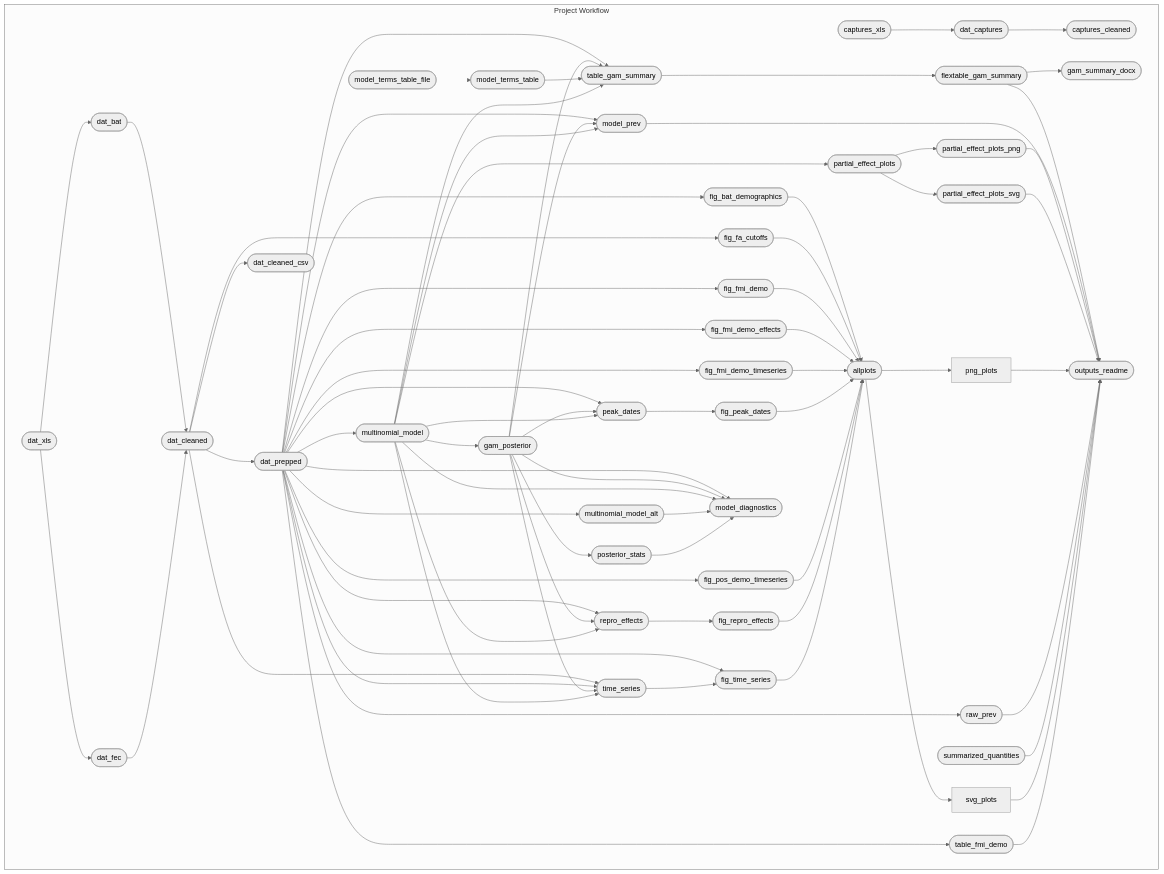
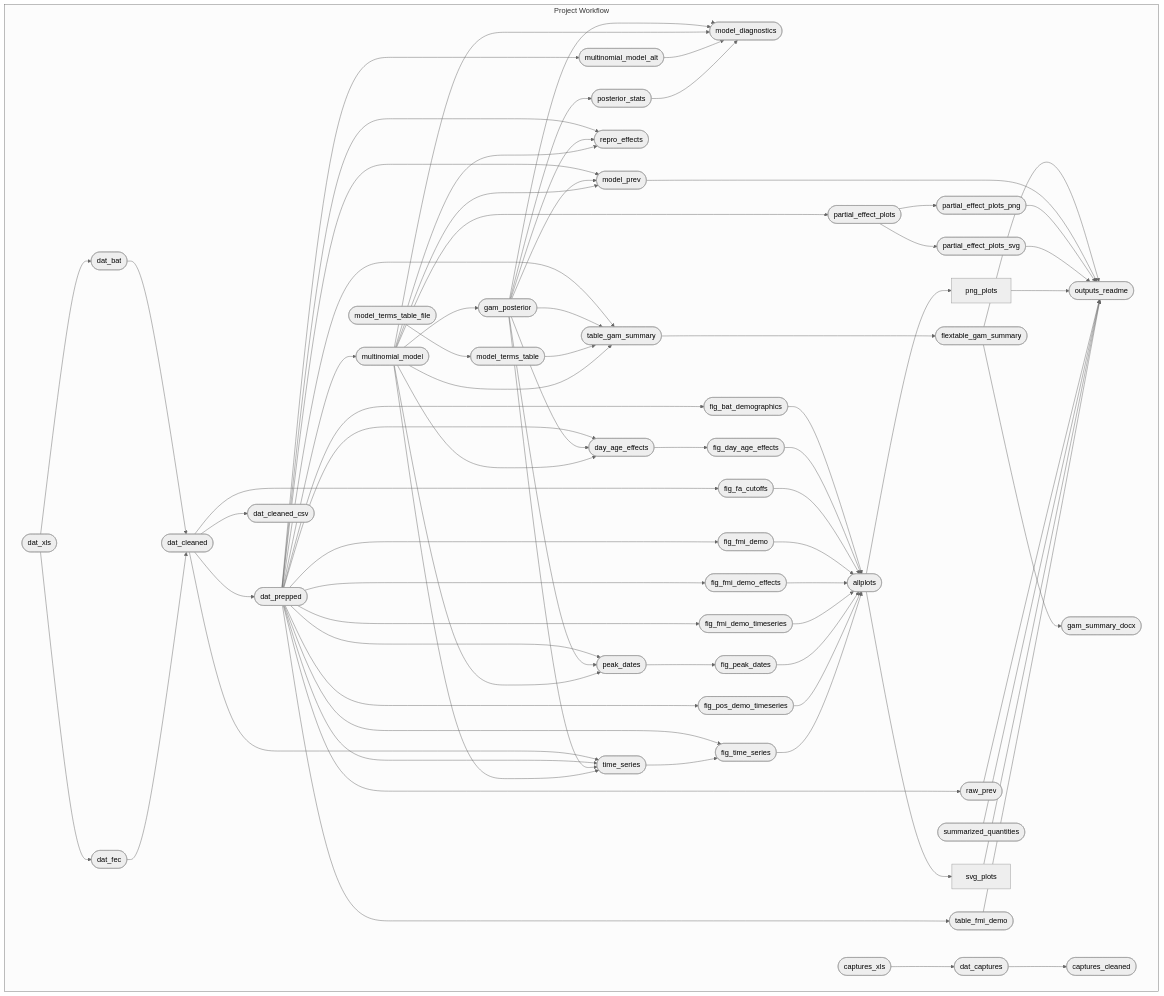
Before and after one commit to ecohealthalliance/sabrenet-rousettus-dynamics: the diagram in README.md, drawn with Mermaid (neutral theme). The commit also changed other lines of this file and 57 other files, not shown here.

Commit message:
use alternate formula with separate sex/age effects

````diff
--- a/README.md
+++ b/README.md
@@ -42,79 +42,82 @@
 ``` mermaid
 graph LR
 subgraph Project Workflow
     direction LR
-    xe2bed16893714ed7(["model_terms_table_file"]):::skipped --> x5ad18f0d36408418(["model_terms_table"]):::skipped
-    xe415b5066c557652(["peak_dates"]):::queued --> x0905a3e9b9cae3b2(["fig_peak_dates"]):::queued
-    x4a5cfaffa1d0e789(["dat_prepped"]):::queued --> x50a3b768b5746682(["fig_pos_demo_timeseries"]):::queued
-    x6cf5d6dc2e05a667(["dat_bat"]):::skipped --> xba784c3a136c631a(["dat_cleaned"]):::queued
-    x733041ef94e8d4a9(["dat_fec"]):::skipped --> xba784c3a136c631a(["dat_cleaned"]):::queued
-    x4a5cfaffa1d0e789(["dat_prepped"]):::queued --> xe3a4a17736576ba6(["fig_time_series"]):::queued
-    xf22c729b71100575(["time_series"]):::queued --> xe3a4a17736576ba6(["fig_time_series"]):::queued
-    x4a5cfaffa1d0e789(["dat_prepped"]):::queued --> x023bc1d70802c4e1(["multinomial_model"]):::queued
-    x4a5cfaffa1d0e789(["dat_prepped"]):::queued --> x90dc8aa96b6ba82f(["repro_effects"]):::queued
-    x89c8b8fe66c39f8c(["gam_posterior"]):::queued --> x90dc8aa96b6ba82f(["repro_effects"]):::queued
-    x023bc1d70802c4e1(["multinomial_model"]):::queued --> x90dc8aa96b6ba82f(["repro_effects"]):::queued
-    x5f01ca798133c2d4(["table_gam_summary"]):::queued --> x2d7bbbb9a4c3fe9d(["flextable_gam_summary"]):::queued
-    x4a5cfaffa1d0e789(["dat_prepped"]):::queued --> xf268c53ef67145e5(["table_fmi_demo"]):::queued
-    x4a5cfaffa1d0e789(["dat_prepped"]):::queued --> x5f01ca798133c2d4(["table_gam_summary"]):::queued
-    x89c8b8fe66c39f8c(["gam_posterior"]):::queued --> x5f01ca798133c2d4(["table_gam_summary"]):::queued
-    x5ad18f0d36408418(["model_terms_table"]):::skipped --> x5f01ca798133c2d4(["table_gam_summary"]):::queued
-    x023bc1d70802c4e1(["multinomial_model"]):::queued --> x5f01ca798133c2d4(["table_gam_summary"]):::queued
-    x798304d337dd8ea1(["allplots"]):::queued --> xbbcceea2cdf8d3f7["svg_plots"]:::queued
-    x4a5cfaffa1d0e789(["dat_prepped"]):::queued --> xe415b5066c557652(["peak_dates"]):::queued
-    x89c8b8fe66c39f8c(["gam_posterior"]):::queued --> xe415b5066c557652(["peak_dates"]):::queued
-    x023bc1d70802c4e1(["multinomial_model"]):::queued --> xe415b5066c557652(["peak_dates"]):::queued
-    xba784c3a136c631a(["dat_cleaned"]):::queued --> x4a5cfaffa1d0e789(["dat_prepped"]):::queued
-    xa8aa782838af3774(["partial_effect_plots"]):::queued --> x62025a0def5a4707(["partial_effect_plots_svg"]):::queued
-    x90dc8aa96b6ba82f(["repro_effects"]):::queued --> x9f1bab82f5a7def2(["fig_repro_effects"]):::queued
-    xe05634441492d438(["dat_captures"]):::skipped --> x370906d20a0ac4c5(["captures_cleaned"]):::queued
-    x4a5cfaffa1d0e789(["dat_prepped"]):::queued --> x26018ab47272d583(["multinomial_model_alt"]):::queued
-    x2d7bbbb9a4c3fe9d(["flextable_gam_summary"]):::queued --> x7998bc630ab92bda(["gam_summary_docx"]):::queued
-    x4a5cfaffa1d0e789(["dat_prepped"]):::queued --> x4ee8fa2dac97ae88(["fig_fmi_demo_effects"]):::queued
-    xa8aa782838af3774(["partial_effect_plots"]):::queued --> x4426e7f0707b13f1(["partial_effect_plots_png"]):::queued
-    x4a5cfaffa1d0e789(["dat_prepped"]):::queued --> x7a7f43da56388c67(["fig_bat_demographics"]):::queued
-    x7a7f43da56388c67(["fig_bat_demographics"]):::queued --> x798304d337dd8ea1(["allplots"]):::queued
-    x90f3a96af7e5a0fc(["fig_fa_cutoffs"]):::queued --> x798304d337dd8ea1(["allplots"]):::queued
-    x23873f9d63594e23(["fig_fmi_demo"]):::queued --> x798304d337dd8ea1(["allplots"]):::queued
-    x4ee8fa2dac97ae88(["fig_fmi_demo_effects"]):::queued --> x798304d337dd8ea1(["allplots"]):::queued
-    x80ade130098abb0f(["fig_fmi_demo_timeseries"]):::queued --> x798304d337dd8ea1(["allplots"]):::queued
-    x0905a3e9b9cae3b2(["fig_peak_dates"]):::queued --> x798304d337dd8ea1(["allplots"]):::queued
-    x50a3b768b5746682(["fig_pos_demo_timeseries"]):::queued --> x798304d337dd8ea1(["allplots"]):::queued
-    x9f1bab82f5a7def2(["fig_repro_effects"]):::queued --> x798304d337dd8ea1(["allplots"]):::queued
-    xe3a4a17736576ba6(["fig_time_series"]):::queued --> x798304d337dd8ea1(["allplots"]):::queued
-    x89c8b8fe66c39f8c(["gam_posterior"]):::queued --> x48dd96190e644d8f(["posterior_stats"]):::queued
-    xc2117931d245afce(["dat_xls"]):::skipped --> x6cf5d6dc2e05a667(["dat_bat"]):::skipped
-    xc2117931d245afce(["dat_xls"]):::skipped --> x733041ef94e8d4a9(["dat_fec"]):::skipped
-    x798304d337dd8ea1(["allplots"]):::queued --> x0b04ba823e0b5eec["png_plots"]:::queued
-    xba784c3a136c631a(["dat_cleaned"]):::queued --> x90f3a96af7e5a0fc(["fig_fa_cutoffs"]):::queued
     x4a5cfaffa1d0e789(["dat_prepped"]):::queued --> x1e7dc8900c0252af(["model_diagnostics"]):::queued
     x89c8b8fe66c39f8c(["gam_posterior"]):::queued --> x1e7dc8900c0252af(["model_diagnostics"]):::queued
     x023bc1d70802c4e1(["multinomial_model"]):::queued --> x1e7dc8900c0252af(["model_diagnostics"]):::queued
     x26018ab47272d583(["multinomial_model_alt"]):::queued --> x1e7dc8900c0252af(["model_diagnostics"]):::queued
     x48dd96190e644d8f(["posterior_stats"]):::queued --> x1e7dc8900c0252af(["model_diagnostics"]):::queued
-    x4a5cfaffa1d0e789(["dat_prepped"]):::queued --> x80ade130098abb0f(["fig_fmi_demo_timeseries"]):::queued
-    x4a5cfaffa1d0e789(["dat_prepped"]):::queued --> xdf15caacba83d075(["raw_prev"]):::queued
+    x4a5cfaffa1d0e789(["dat_prepped"]):::queued --> x26018ab47272d583(["multinomial_model_alt"]):::queued
+    xe2bed16893714ed7(["model_terms_table_file"]):::skipped --> x5ad18f0d36408418(["model_terms_table"]):::skipped
     x2d7bbbb9a4c3fe9d(["flextable_gam_summary"]):::queued --> xbda0fd67e19f73bc(["outputs_readme"]):::queued
     x67d4d2e6dfa8bf90(["model_prev"]):::queued --> xbda0fd67e19f73bc(["outputs_readme"]):::queued
     x4426e7f0707b13f1(["partial_effect_plots_png"]):::queued --> xbda0fd67e19f73bc(["outputs_readme"]):::queued
     x62025a0def5a4707(["partial_effect_plots_svg"]):::queued --> xbda0fd67e19f73bc(["outputs_readme"]):::queued
     x0b04ba823e0b5eec["png_plots"]:::queued --> xbda0fd67e19f73bc(["outputs_readme"]):::queued
     xdf15caacba83d075(["raw_prev"]):::queued --> xbda0fd67e19f73bc(["outputs_readme"]):::queued
     x07b56d1fbca21cf3(["summarized_quantities"]):::skipped --> xbda0fd67e19f73bc(["outputs_readme"]):::queued
     xbbcceea2cdf8d3f7["svg_plots"]:::queued --> xbda0fd67e19f73bc(["outputs_readme"]):::queued
     xf268c53ef67145e5(["table_fmi_demo"]):::queued --> xbda0fd67e19f73bc(["outputs_readme"]):::queued
+    x2d7bbbb9a4c3fe9d(["flextable_gam_summary"]):::queued --> x7998bc630ab92bda(["gam_summary_docx"]):::queued
+    x4a5cfaffa1d0e789(["dat_prepped"]):::queued --> x7a7f43da56388c67(["fig_bat_demographics"]):::queued
+    x4a5cfaffa1d0e789(["dat_prepped"]):::queued --> x4ee8fa2dac97ae88(["fig_fmi_demo_effects"]):::queued
+    x4a5cfaffa1d0e789(["dat_prepped"]):::queued --> xe415b5066c557652(["peak_dates"]):::queued
+    x89c8b8fe66c39f8c(["gam_posterior"]):::queued --> xe415b5066c557652(["peak_dates"]):::queued
+    x023bc1d70802c4e1(["multinomial_model"]):::queued --> xe415b5066c557652(["peak_dates"]):::queued
+    x7a7f43da56388c67(["fig_bat_demographics"]):::queued --> x798304d337dd8ea1(["allplots"]):::queued
+    x45faf1dd9a7ccb4e(["fig_day_age_effects"]):::queued --> x798304d337dd8ea1(["allplots"]):::queued
+    x90f3a96af7e5a0fc(["fig_fa_cutoffs"]):::queued --> x798304d337dd8ea1(["allplots"]):::queued
+    x23873f9d63594e23(["fig_fmi_demo"]):::queued --> x798304d337dd8ea1(["allplots"]):::queued
+    x4ee8fa2dac97ae88(["fig_fmi_demo_effects"]):::queued --> x798304d337dd8ea1(["allplots"]):::queued
+    x80ade130098abb0f(["fig_fmi_demo_timeseries"]):::queued --> x798304d337dd8ea1(["allplots"]):::queued
+    x0905a3e9b9cae3b2(["fig_peak_dates"]):::queued --> x798304d337dd8ea1(["allplots"]):::queued
+    x50a3b768b5746682(["fig_pos_demo_timeseries"]):::queued --> x798304d337dd8ea1(["allplots"]):::queued
+    xe3a4a17736576ba6(["fig_time_series"]):::queued --> x798304d337dd8ea1(["allplots"]):::queued
+    xba784c3a136c631a(["dat_cleaned"]):::queued --> xdb44d218f76593df(["dat_cleaned_csv"]):::queued
+    xe05634441492d438(["dat_captures"]):::queued --> x370906d20a0ac4c5(["captures_cleaned"]):::queued
+    x4a5cfaffa1d0e789(["dat_prepped"]):::queued --> x50a3b768b5746682(["fig_pos_demo_timeseries"]):::queued
+    x4a5cfaffa1d0e789(["dat_prepped"]):::queued --> xdf15caacba83d075(["raw_prev"]):::queued
+    x4a5cfaffa1d0e789(["dat_prepped"]):::queued --> x023bc1d70802c4e1(["multinomial_model"]):::queued
+    x6cf5d6dc2e05a667(["dat_bat"]):::queued --> xba784c3a136c631a(["dat_cleaned"]):::queued
+    x733041ef94e8d4a9(["dat_fec"]):::queued --> xba784c3a136c631a(["dat_cleaned"]):::queued
+    xc2117931d245afce(["dat_xls"]):::skipped --> x6cf5d6dc2e05a667(["dat_bat"]):::queued
+    xe415b5066c557652(["peak_dates"]):::queued --> x0905a3e9b9cae3b2(["fig_peak_dates"]):::queued
+    xba784c3a136c631a(["dat_cleaned"]):::queued --> x4a5cfaffa1d0e789(["dat_prepped"]):::queued
+    xba784c3a136c631a(["dat_cleaned"]):::queued --> x90f3a96af7e5a0fc(["fig_fa_cutoffs"]):::queued
+    x9a43b908d980099c(["day_age_effects"]):::queued --> x45faf1dd9a7ccb4e(["fig_day_age_effects"]):::queued
+    x4a5cfaffa1d0e789(["dat_prepped"]):::queued --> x90dc8aa96b6ba82f(["repro_effects"]):::queued
+    x89c8b8fe66c39f8c(["gam_posterior"]):::queued --> x90dc8aa96b6ba82f(["repro_effects"]):::queued
+    x023bc1d70802c4e1(["multinomial_model"]):::queued --> x90dc8aa96b6ba82f(["repro_effects"]):::queued
+    x4a5cfaffa1d0e789(["dat_prepped"]):::queued --> x9a43b908d980099c(["day_age_effects"]):::queued
+    x89c8b8fe66c39f8c(["gam_posterior"]):::queued --> x9a43b908d980099c(["day_age_effects"]):::queued
+    x023bc1d70802c4e1(["multinomial_model"]):::queued --> x9a43b908d980099c(["day_age_effects"]):::queued
+    x023bc1d70802c4e1(["multinomial_model"]):::queued --> xa8aa782838af3774(["partial_effect_plots"]):::queued
+    x5f01ca798133c2d4(["table_gam_summary"]):::queued --> x2d7bbbb9a4c3fe9d(["flextable_gam_summary"]):::queued
+    xa8aa782838af3774(["partial_effect_plots"]):::queued --> x4426e7f0707b13f1(["partial_effect_plots_png"]):::queued
+    x798304d337dd8ea1(["allplots"]):::queued --> xbbcceea2cdf8d3f7["svg_plots"]:::queued
     x4a5cfaffa1d0e789(["dat_prepped"]):::queued --> x23873f9d63594e23(["fig_fmi_demo"]):::queued
-    x023bc1d70802c4e1(["multinomial_model"]):::queued --> x89c8b8fe66c39f8c(["gam_posterior"]):::queued
-    x023bc1d70802c4e1(["multinomial_model"]):::queued --> xa8aa782838af3774(["partial_effect_plots"]):::queued
     xba784c3a136c631a(["dat_cleaned"]):::queued --> xf22c729b71100575(["time_series"]):::queued
     x4a5cfaffa1d0e789(["dat_prepped"]):::queued --> xf22c729b71100575(["time_series"]):::queued
     x89c8b8fe66c39f8c(["gam_posterior"]):::queued --> xf22c729b71100575(["time_series"]):::queued
     x023bc1d70802c4e1(["multinomial_model"]):::queued --> xf22c729b71100575(["time_series"]):::queued
-    xba784c3a136c631a(["dat_cleaned"]):::queued --> xdb44d218f76593df(["dat_cleaned_csv"]):::queued
+    x4a5cfaffa1d0e789(["dat_prepped"]):::queued --> xf268c53ef67145e5(["table_fmi_demo"]):::queued
+    xc2117931d245afce(["dat_xls"]):::skipped --> x733041ef94e8d4a9(["dat_fec"]):::queued
+    x798304d337dd8ea1(["allplots"]):::queued --> x0b04ba823e0b5eec["png_plots"]:::queued
+    x4a5cfaffa1d0e789(["dat_prepped"]):::queued --> xe3a4a17736576ba6(["fig_time_series"]):::queued
+    xf22c729b71100575(["time_series"]):::queued --> xe3a4a17736576ba6(["fig_time_series"]):::queued
+    x4a5cfaffa1d0e789(["dat_prepped"]):::queued --> x5f01ca798133c2d4(["table_gam_summary"]):::queued
+    x89c8b8fe66c39f8c(["gam_posterior"]):::queued --> x5f01ca798133c2d4(["table_gam_summary"]):::queued
+    x5ad18f0d36408418(["model_terms_table"]):::skipped --> x5f01ca798133c2d4(["table_gam_summary"]):::queued
+    x023bc1d70802c4e1(["multinomial_model"]):::queued --> x5f01ca798133c2d4(["table_gam_summary"]):::queued
+    x023bc1d70802c4e1(["multinomial_model"]):::queued --> x89c8b8fe66c39f8c(["gam_posterior"]):::queued
+    xb354ea9be719f8bb(["captures_xls"]):::skipped --> xe05634441492d438(["dat_captures"]):::queued
     x4a5cfaffa1d0e789(["dat_prepped"]):::queued --> x67d4d2e6dfa8bf90(["model_prev"]):::queued
     x89c8b8fe66c39f8c(["gam_posterior"]):::queued --> x67d4d2e6dfa8bf90(["model_prev"]):::queued
     x023bc1d70802c4e1(["multinomial_model"]):::queued --> x67d4d2e6dfa8bf90(["model_prev"]):::queued
-    xb354ea9be719f8bb(["captures_xls"]):::skipped --> xe05634441492d438(["dat_captures"]):::skipped
+    xa8aa782838af3774(["partial_effect_plots"]):::queued --> x62025a0def5a4707(["partial_effect_plots_svg"]):::queued
+    x4a5cfaffa1d0e789(["dat_prepped"]):::queued --> x80ade130098abb0f(["fig_fmi_demo_timeseries"]):::queued
+    x89c8b8fe66c39f8c(["gam_posterior"]):::queued --> x48dd96190e644d8f(["posterior_stats"]):::queued
   end
 linkStyle 0 stroke-width:0px;
 ```
````
